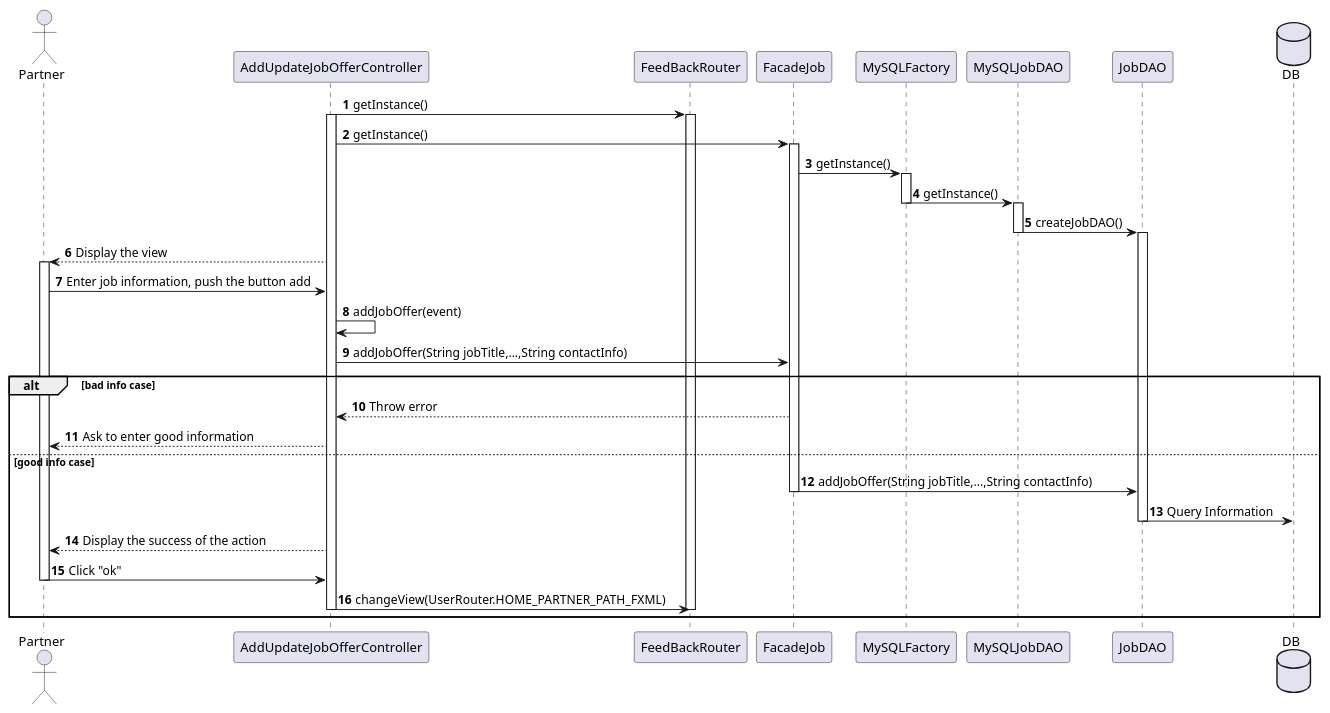
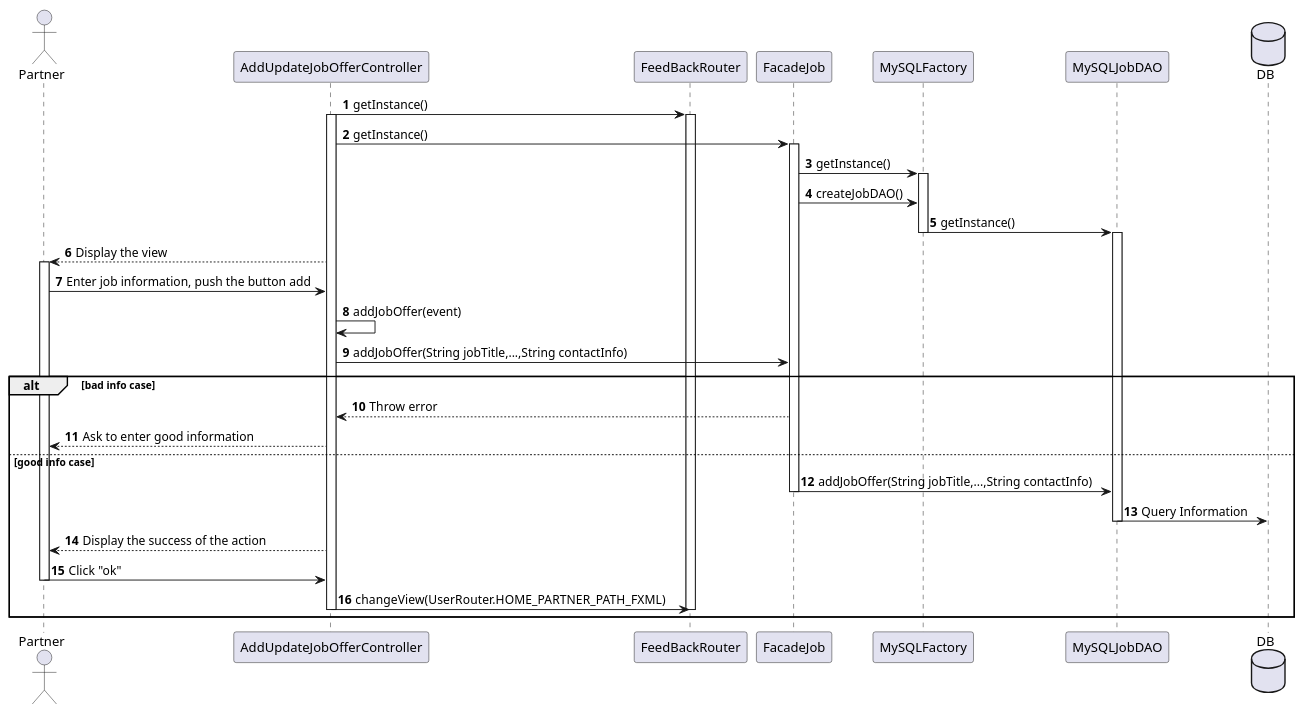
Before and after one commit to guiguie34/StudEasy: the diagram in project_diagrams/sequenceDiagrams/jobManagement.puml, drawn with PlantUML. The commit also changed 2 other files, not shown here.

Commit message:
Fix : sequence diagrams

```diff
--- a/project_diagrams/sequenceDiagrams/jobManagement.puml
+++ b/project_diagrams/sequenceDiagrams/jobManagement.puml
@@ -1,39 +1,40 @@
 @startuml
 autonumber
 actor Partner
 AddUpdateJobOfferController -> FeedBackRouter : getInstance()
 activate AddUpdateJobOfferController
 activate FeedBackRouter
 AddUpdateJobOfferController -> FacadeJob : getInstance()
 activate FacadeJob
 FacadeJob -> MySQLFactory : getInstance()
 activate MySQLFactory
+FacadeJob -> MySQLFactory : createJobDAO()
+
 MySQLFactory -> MySQLJobDAO : getInstance()
 deactivate MySQLFactory
+
 activate MySQLJobDAO
 
-MySQLJobDAO -> JobDAO : createJobDAO()
 deactivate MySQLJobDAO
-activate JobDAO
 AddUpdateJobOfferController --> Partner : Display the view
 activate Partner
 Partner -> AddUpdateJobOfferController : Enter job information, push the button add
 AddUpdateJobOfferController -> AddUpdateJobOfferController : addJobOffer(event)
 AddUpdateJobOfferController -> FacadeJob : addJobOffer(String jobTitle,...,String contactInfo)
 alt bad info case
     FacadeJob --> AddUpdateJobOfferController : Throw error
     AddUpdateJobOfferController --> Partner : Ask to enter good information
 else good info case
-    FacadeJob -> JobDAO : addJobOffer(String jobTitle,...,String contactInfo)
+    FacadeJob -> MySQLJobDAO : addJobOffer(String jobTitle,...,String contactInfo)
     deactivate FacadeJob
     database DB
-    JobDAO -> DB : Query Information
-    deactivate JobDAO
+    MySQLJobDAO -> DB : Query Information
+    deactivate MySQLJobDAO
     AddUpdateJobOfferController --> Partner : Display the success of the action
     Partner -> AddUpdateJobOfferController : Click "ok"
     deactivate Partner
     AddUpdateJobOfferController -> FeedBackRouter : changeView(UserRouter.HOME_PARTNER_PATH_FXML)
     deactivate AddUpdateJobOfferController
     deactivate FeedBackRouter
 end
 @enduml
```
